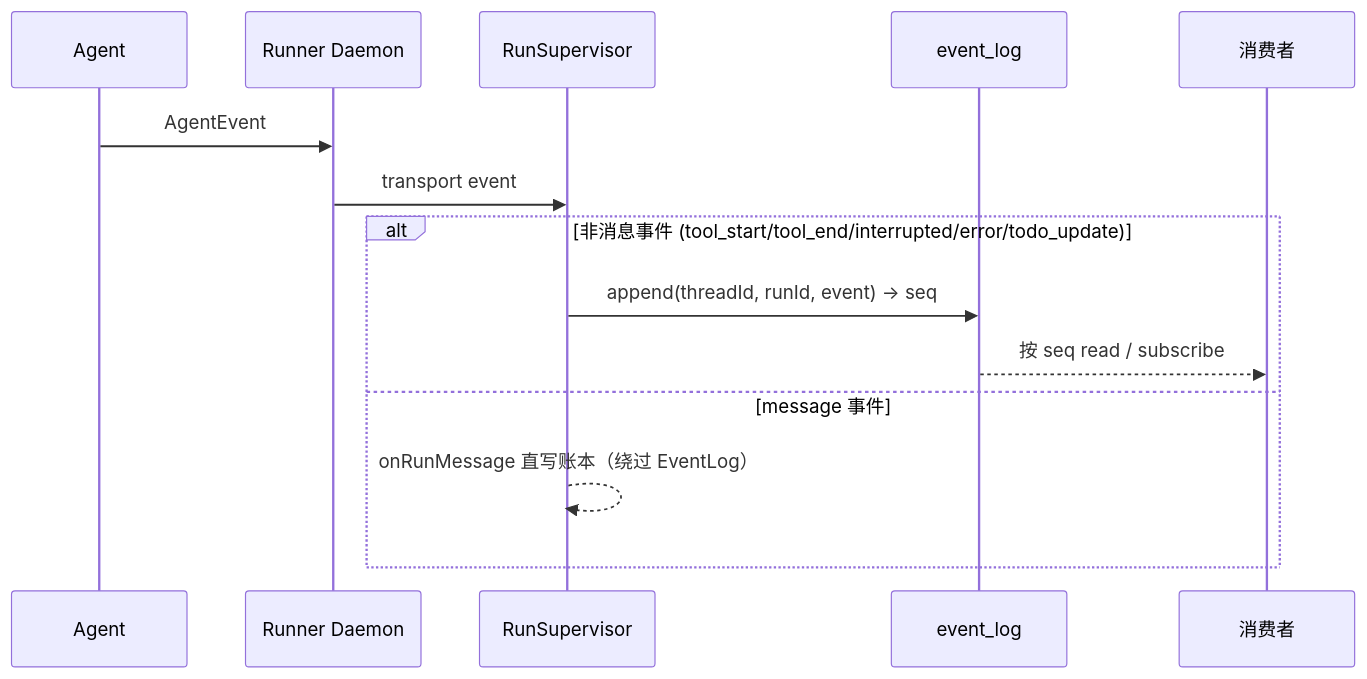
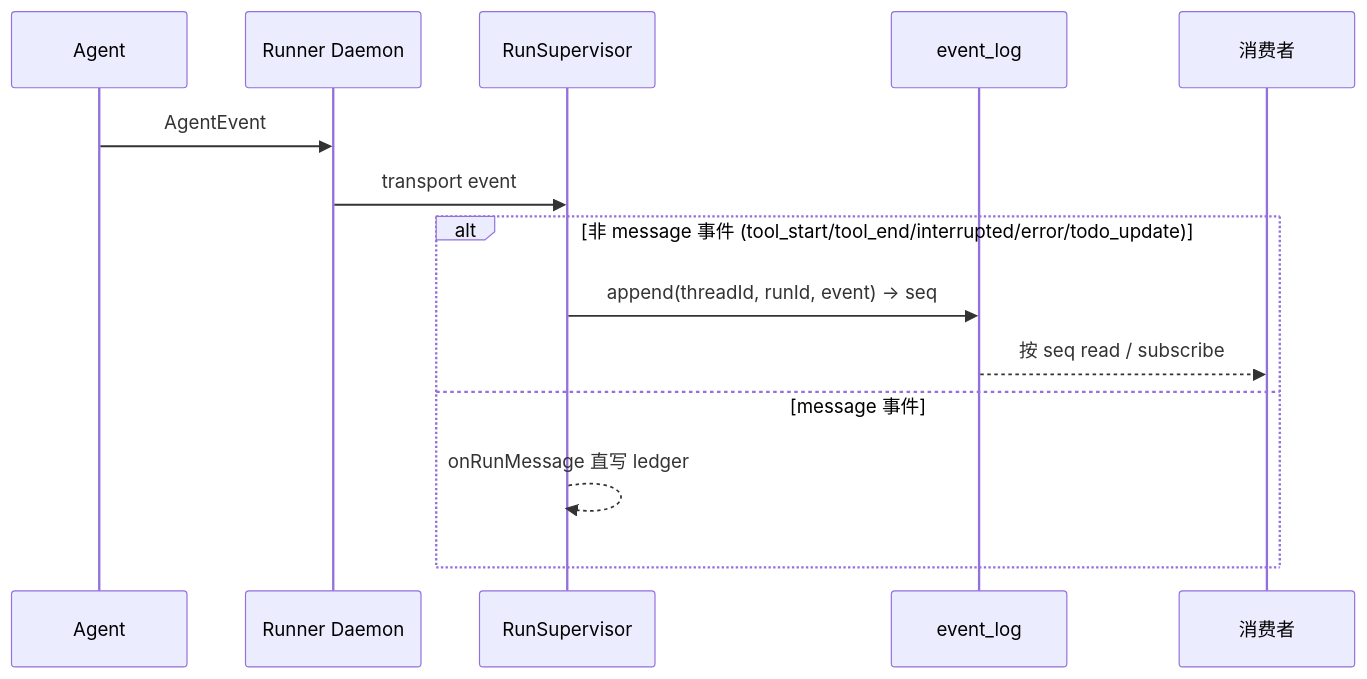
The diagram in docs/architecture/backend/event-log.md (Chengchcc/my-agent-team), drawn with Mermaid before and after one commit. The commit also changed other lines of this file and 5 other files, not shown here.

````diff
--- a/docs/architecture/backend/event-log.md
+++ b/docs/architecture/backend/event-log.md
@@ -24,17 +22,17 @@
 ```mermaid
 sequenceDiagram
   participant A as Agent
   participant D as Runner Daemon
   participant S as RunSupervisor
   participant E as event_log
   participant C as 消费者
 
   A->>D: AgentEvent
   D->>S: transport event
-  alt 非消息事件 (tool_start/tool_end/interrupted/error/todo_update)
+  alt 非 message 事件 (tool_start/tool_end/interrupted/error/todo_update)
     S->>E: append(threadId, runId, event) → seq
     E-->>C: 按 seq read / subscribe
   else message 事件
-    S-->>S: onRunMessage 直写账本（绕过 EventLog）
+    S-->>S: onRunMessage 直写 ledger
   end
 ```
````
